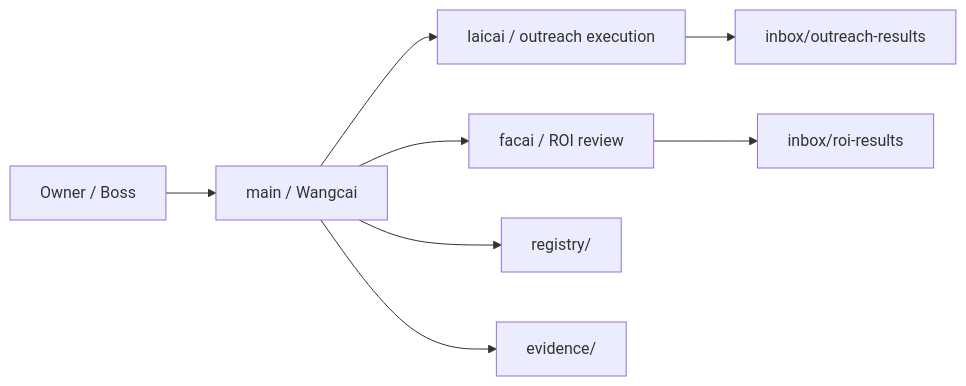
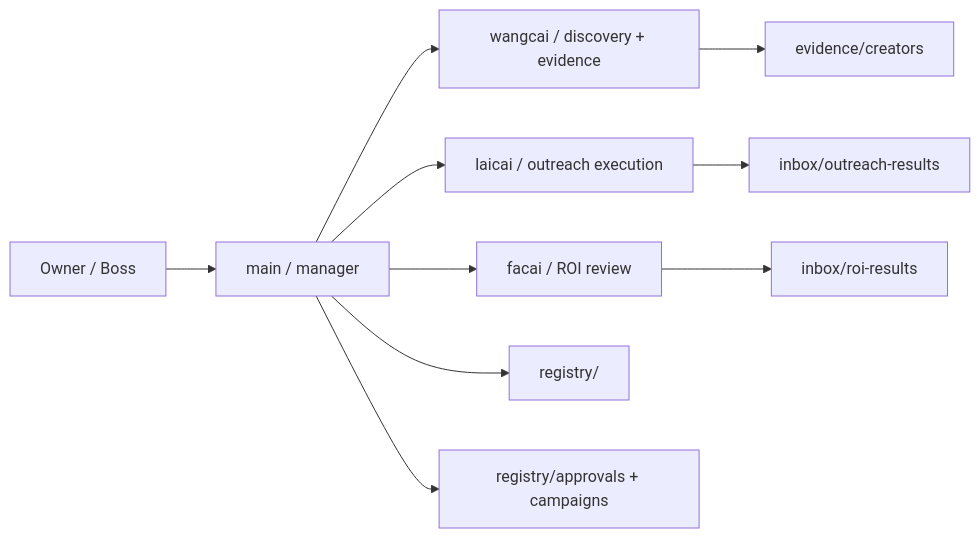
One commit to pengke531/openclaw-creator-outreach-opc-kit changed the diagram in workspace/docs/architecture/creator-outreach-opc-architecture-v1.md. Above: the diagram before and after it, drawn with Mermaid. The commit also changed other lines of this file and 25 other files, not shown here.

Commit message:
Redesign creator architecture as 1-main-3-executor

````diff
--- a/workspace/docs/architecture/creator-outreach-opc-architecture-v1.md
+++ b/workspace/docs/architecture/creator-outreach-opc-architecture-v1.md
@@ -13,10 +41,12 @@
 ```mermaid
 flowchart LR
-  O["Owner / Boss"] --> W["main / Wangcai"]
-  W --> L["laicai / outreach execution"]
-  W --> F["facai / ROI review"]
-  W --> R["registry/"]
-  W --> E["evidence/"]
+  O["Owner / Boss"] --> M["main / manager"]
+  M --> W["wangcai / discovery + evidence"]
+  M --> L["laicai / outreach execution"]
+  M --> F["facai / ROI review"]
+  M --> R["registry/"]
+  W --> E["evidence/creators"]
   L --> I1["inbox/outreach-results"]
   F --> I2["inbox/roi-results"]
+  M --> A["registry/approvals + campaigns"]
 ```
````
